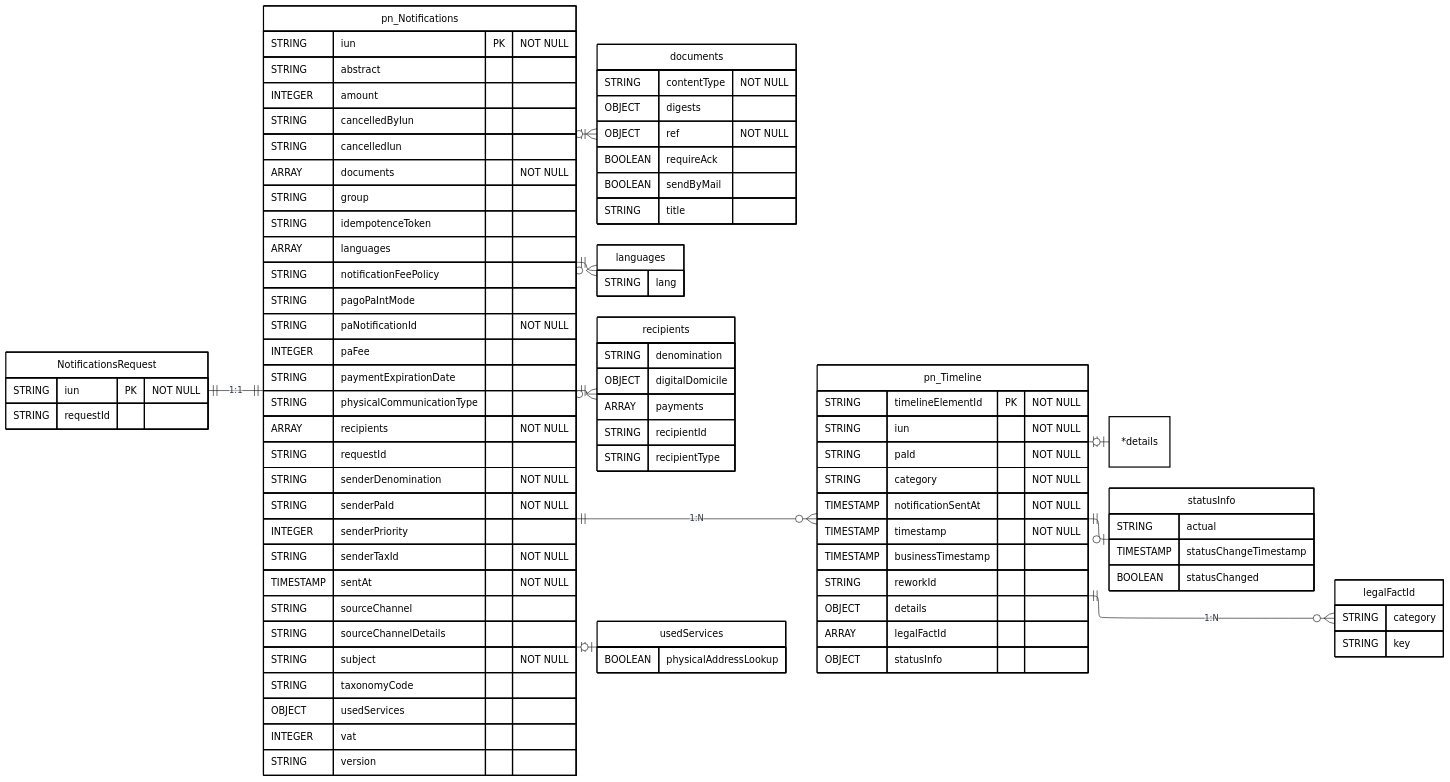
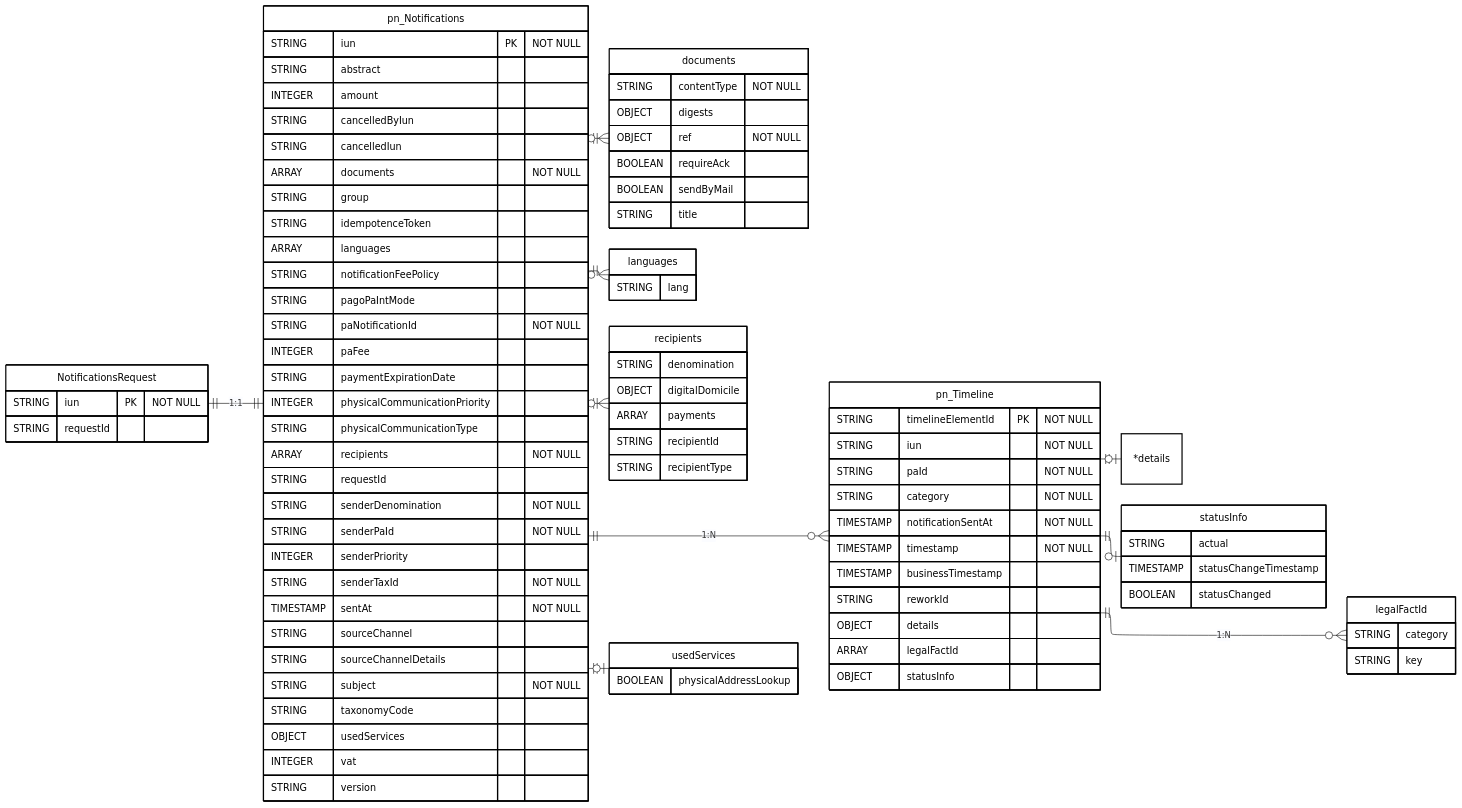
The diagram in send_diagrams/data-models/notifiche_e_workflow/notifiche_e_workflow.mmd (pagopa/pn-metrics), drawn with Mermaid before and after one commit.

Commit message:
docs: update notifiche diagram

```diff
--- a/send_diagrams/data-models/notifiche_e_workflow/notifiche_e_workflow.mmd
+++ b/send_diagrams/data-models/notifiche_e_workflow/notifiche_e_workflow.mmd
@@ -1,137 +1,138 @@
 ---
 config:
   layout: elk
   theme: base
 ---
 
 erDiagram
 
     %% diagram version: 1.0.0
     
     %% sources:
     %% - dc-pn-Notifications.yaml
     %%   id: urn:send:pn:notifications
     %%   version: 1.0.0
     %% - dc-pn-timeline.yaml
     %%   id: urn:send:pn:timelines
     %%   version: 1.0.0
 
     Direction LR
 
     NotificationsRequest {
         STRING iun PK "NOT NULL"
         STRING requestId
     }
 
     pn_Notifications {
         STRING iun PK "NOT NULL"
         STRING abstract
         INTEGER amount
         STRING cancelledByIun
         STRING cancelledIun
         ARRAY documents "NOT NULL"
         STRING group
         STRING idempotenceToken
         ARRAY languages
         STRING notificationFeePolicy
         STRING pagoPaIntMode
         STRING paNotificationId "NOT NULL"
         INTEGER paFee
         STRING paymentExpirationDate
+        INTEGER physicalCommunicationPriority
         STRING physicalCommunicationType
         ARRAY recipients "NOT NULL"
         STRING requestId
         STRING senderDenomination "NOT NULL"
         STRING senderPaId "NOT NULL"
         INTEGER senderPriority
         STRING senderTaxId "NOT NULL"
         TIMESTAMP sentAt "NOT NULL"
         STRING sourceChannel
         STRING sourceChannelDetails
         STRING subject "NOT NULL"
         STRING taxonomyCode
         OBJECT usedServices
         INTEGER vat
         STRING version
     }
 
     documents {
         STRING contentType "NOT NULL"
         OBJECT digests
         OBJECT ref "NOT NULL"
         BOOLEAN requireAck
         BOOLEAN sendByMail
         STRING title
     }
 
     languages {
         STRING lang
     }
 
     recipients {
         STRING denomination
         OBJECT digitalDomicile
         ARRAY payments
         STRING recipientId
         STRING recipientType
     }
 
     usedServices {
         BOOLEAN physicalAddressLookup
     }
 
     pn_Timeline {
         STRING timelineElementId PK "NOT NULL"
         STRING iun "NOT NULL"
         STRING paId "NOT NULL"
         STRING category "NOT NULL"
         TIMESTAMP notificationSentAt "NOT NULL"
         TIMESTAMP timestamp "NOT NULL"
         TIMESTAMP businessTimestamp
         STRING reworkId
         OBJECT details
         ARRAY legalFactId
         OBJECT statusInfo
     }
 
     %% Il campo details non viene espanso nel diagramma poiché la sua struttura è estesa e soggetta a evoluzioni.
     %% Il dettaglio completo dei campi è disponibile nel data contract e nella relativa documentazione.
     *details
 
     legalFactId {
         STRING category
         STRING key
     }
 
     statusInfo {
         STRING actual
         TIMESTAMP statusChangeTimestamp
         BOOLEAN statusChanged
     }
 
     %% RELAZIONI
 
     NotificationsRequest ||--|| pn_Notifications : "1:1"
     %% Join a livello di notifica: pn_Notifications.iun = pn_Timeline.iun
     %% Join a livello di destinatario: pn_Notifications.iun = pn_Timeline.iun AND pn_Timeline.recIndex identifica il destinatario della notifica
     pn_Notifications ||--o{ pn_Timeline : "1:N"
     pn_Notifications ||--o{ documents : ""
     pn_Notifications ||--o{ languages : ""
     pn_Notifications ||--o{ recipients : ""
     pn_Notifications ||--o| usedServices : ""
     pn_Timeline ||--o{ legalFactId : "1:N"
     pn_Timeline ||--o| statusInfo : ""
     pn_Timeline ||--o| *details : ""
 
     %% STILE
 
     style NotificationsRequest fill:#FFFFFF,stroke:#000000,stroke-width:2px,color:#000000
     style pn_Notifications fill:#FFFFFF,stroke:#000000,stroke-width:2px,color:#000000
     style pn_Timeline fill:#FFFFFF,stroke:#000000,stroke-width:2px,color:#000000
     style documents fill:#FFFFFF,stroke:#000000,stroke-width:2px,color:#000000
     style languages fill:#FFFFFF,stroke:#000000,stroke-width:2px,color:#000000
     style recipients fill:#FFFFFF,stroke:#000000,stroke-width:2px,color:#000000
     style usedServices fill:#FFFFFF,stroke:#000000,stroke-width:2px,color:#000000
     style legalFactId fill:#FFFFFF,stroke:#000000,stroke-width:2px,color:#000000
     style statusInfo fill:#FFFFFF,stroke:#000000,stroke-width:2px,color:#000000
     style *details fill:#FFFFFF,stroke:#000000,stroke-width:2px,color:#000000
```
